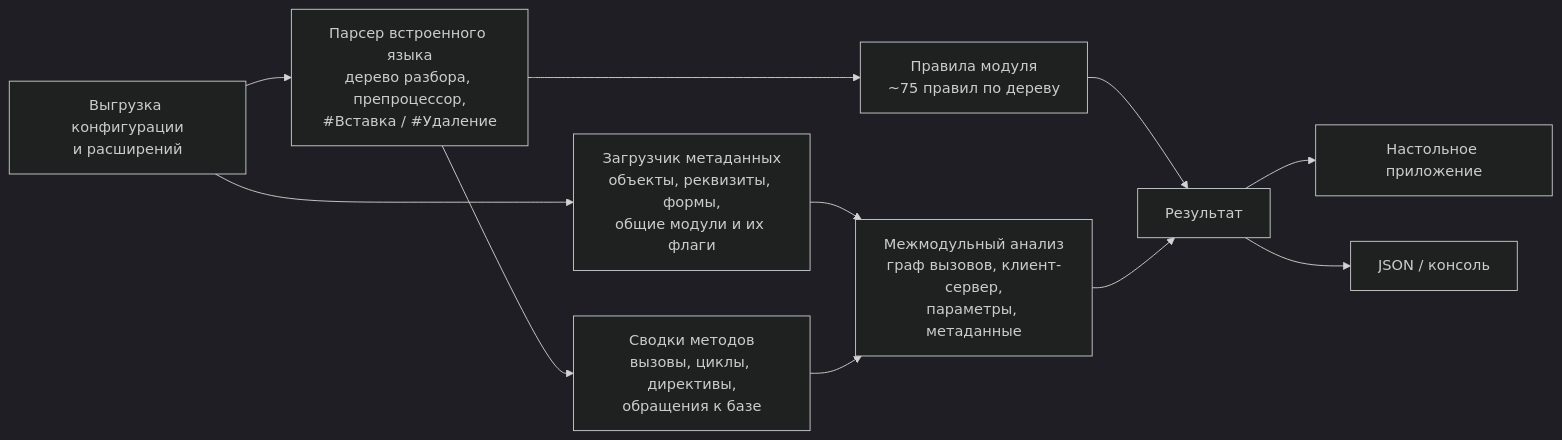
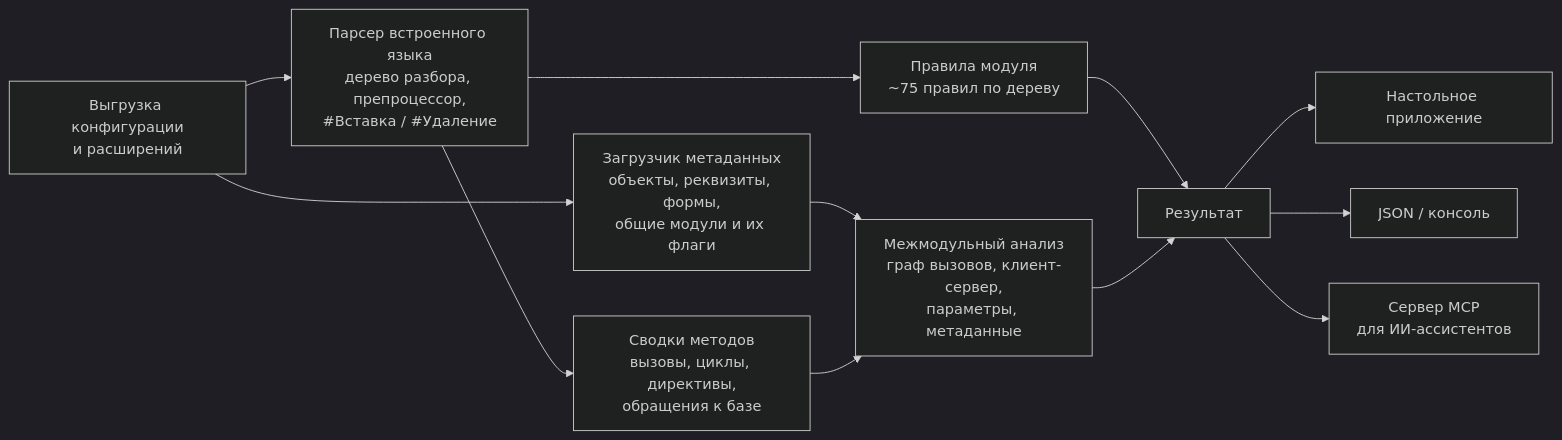
The second of 2 diagrams in README.md (Geronimo1984/1c-code-revizor), drawn with Mermaid (dark theme) before and after one commit. The commit also changed other lines of this file and 5 other files, not shown here.

Commit message:
Ревизор 2.0: сервер MCP для ИИ-ассистентов и подключение к информационной базе

````diff
--- a/README.md
+++ b/README.md
@@ -61,13 +97,14 @@
 ```mermaid
 flowchart LR
     A[Выгрузка конфигурации<br/>и расширений] --> B[Загрузчик метаданных<br/>объекты, реквизиты, формы,<br/>общие модули и их флаги]
     A --> C[Парсер встроенного языка<br/>дерево разбора, препроцессор,<br/>#Вставка / #Удаление]
     C --> D[Правила модуля<br/>~75 правил по дереву]
     C --> E[Сводки методов<br/>вызовы, циклы, директивы,<br/>обращения к базе]
     B --> F[Межмодульный анализ<br/>граф вызовов, клиент-сервер,<br/>параметры, метаданные]
     E --> F
     D --> G[Результат]
     F --> G
     G --> H[Настольное приложение]
     G --> I[JSON / консоль]
+    G --> J[Сервер MCP<br/>для ИИ-ассистентов]
 ```
````
